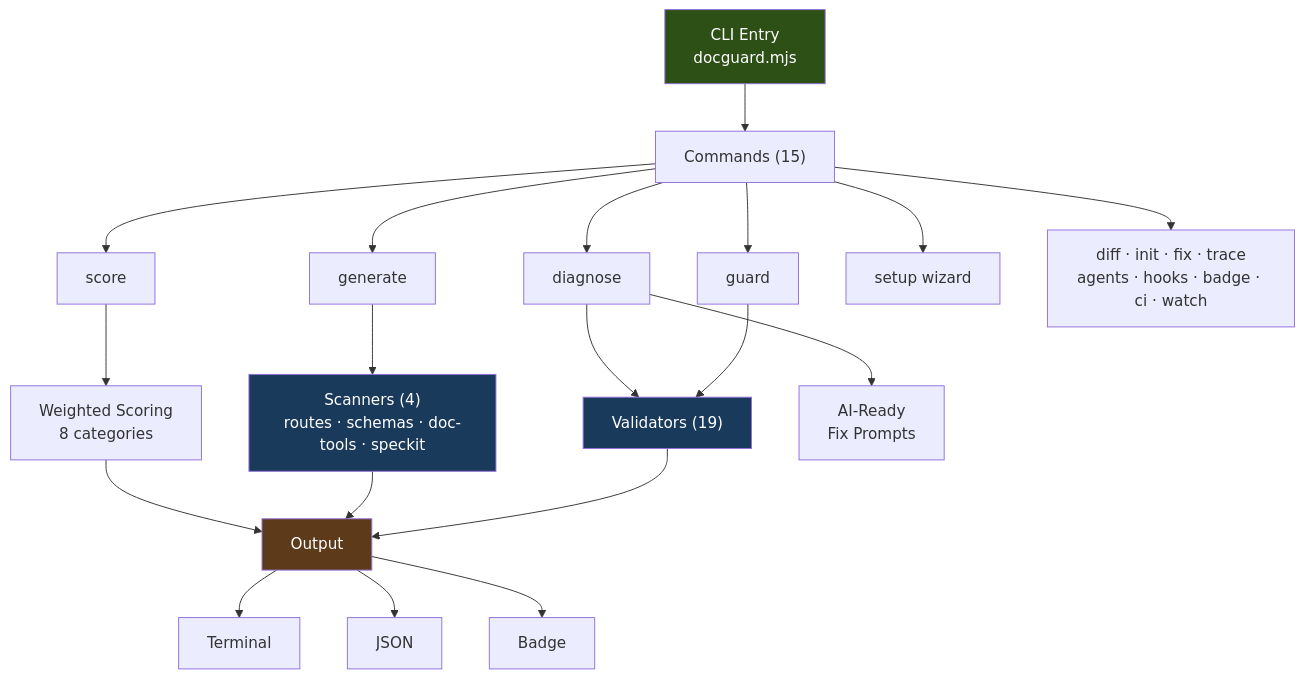
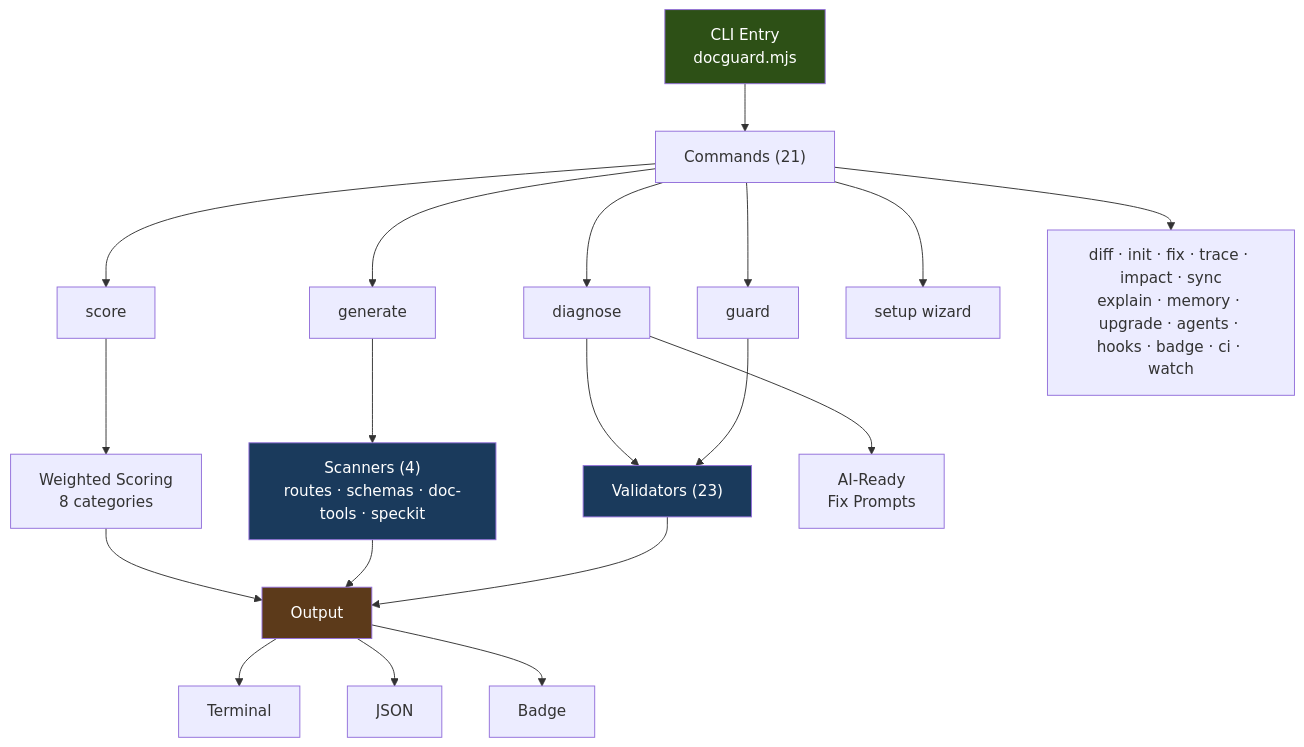
One commit to raccioly/docguard changed the diagram in README.md. Above: the diagram before and after it, drawn with Mermaid. The commit also changed other lines of this file and 27 other files, not shown here.

First line of the commit message:
release: v0.19.0 — self-aware (canonical-sync + ghost commands + smoke gate)

````diff
--- a/README.md
+++ b/README.md
@@ -51,28 +52,28 @@
 ```mermaid
 graph TD
-    CLI["CLI Entry<br/>docguard.mjs"] --> Commands["Commands (15)"]
+    CLI["CLI Entry<br/>docguard.mjs"] --> Commands["Commands (21)"]
     Commands --> guard["guard"]
     Commands --> generate["generate"]
     Commands --> score["score"]
     Commands --> diagnose["diagnose"]
     Commands --> setup["setup wizard"]
-    Commands --> other["diff · init · fix · trace<br/>agents · hooks · badge · ci · watch"]
+    Commands --> other["diff · init · fix · trace · impact · sync<br/>explain · memory · upgrade · agents · hooks · badge · ci · watch"]
 
-    guard --> Validators["Validators (19)"]
+    guard --> Validators["Validators (23)"]
     generate --> Scanners["Scanners (4)<br/>routes · schemas · doc-tools · speckit"]
     score --> Scoring["Weighted Scoring<br/>8 categories"]
     diagnose --> Validators
     diagnose --> AIPrompts["AI-Ready<br/>Fix Prompts"]
 
     Validators --> Output["Output"]
     Scanners --> Output
     Scoring --> Output
     Output --> Terminal["Terminal"]
     Output --> JSON["JSON"]
     Output --> Badge["Badge"]
 
     style CLI fill:#2d5016,color:#fff
     style Validators fill:#1a3a5c,color:#fff
     style Scanners fill:#1a3a5c,color:#fff
     style Output fill:#5c3a1a,color:#fff
 ```
````
